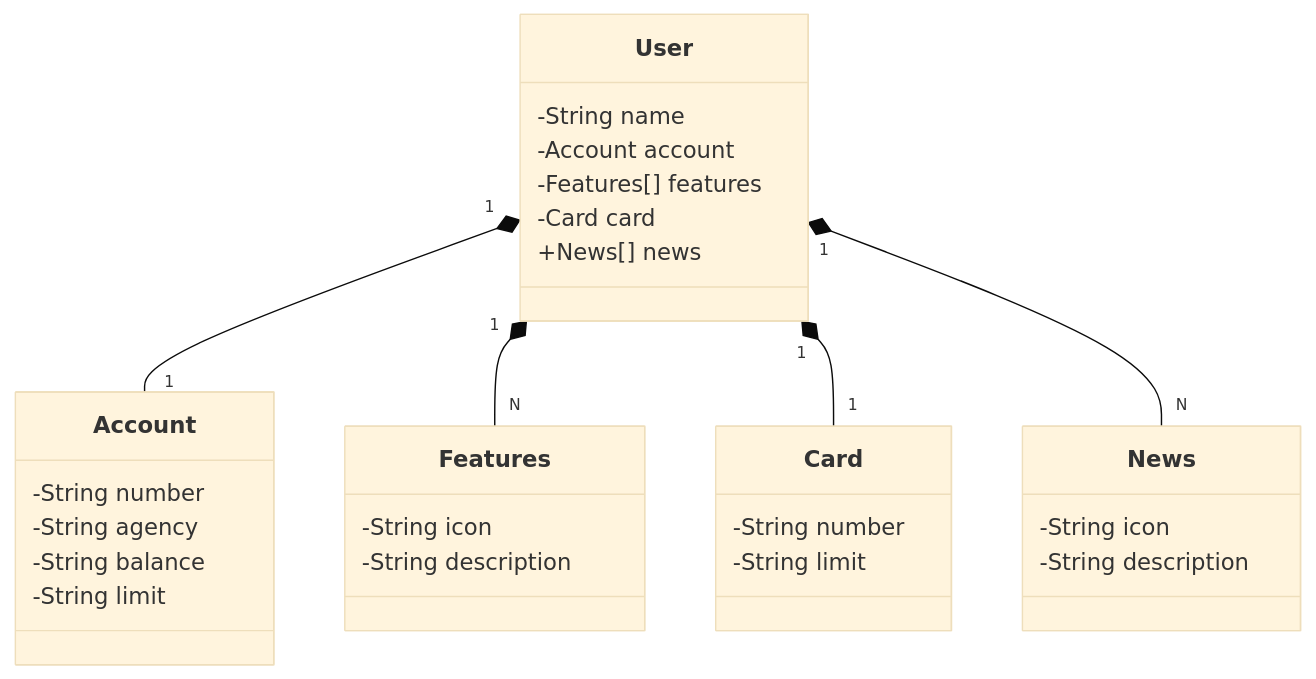
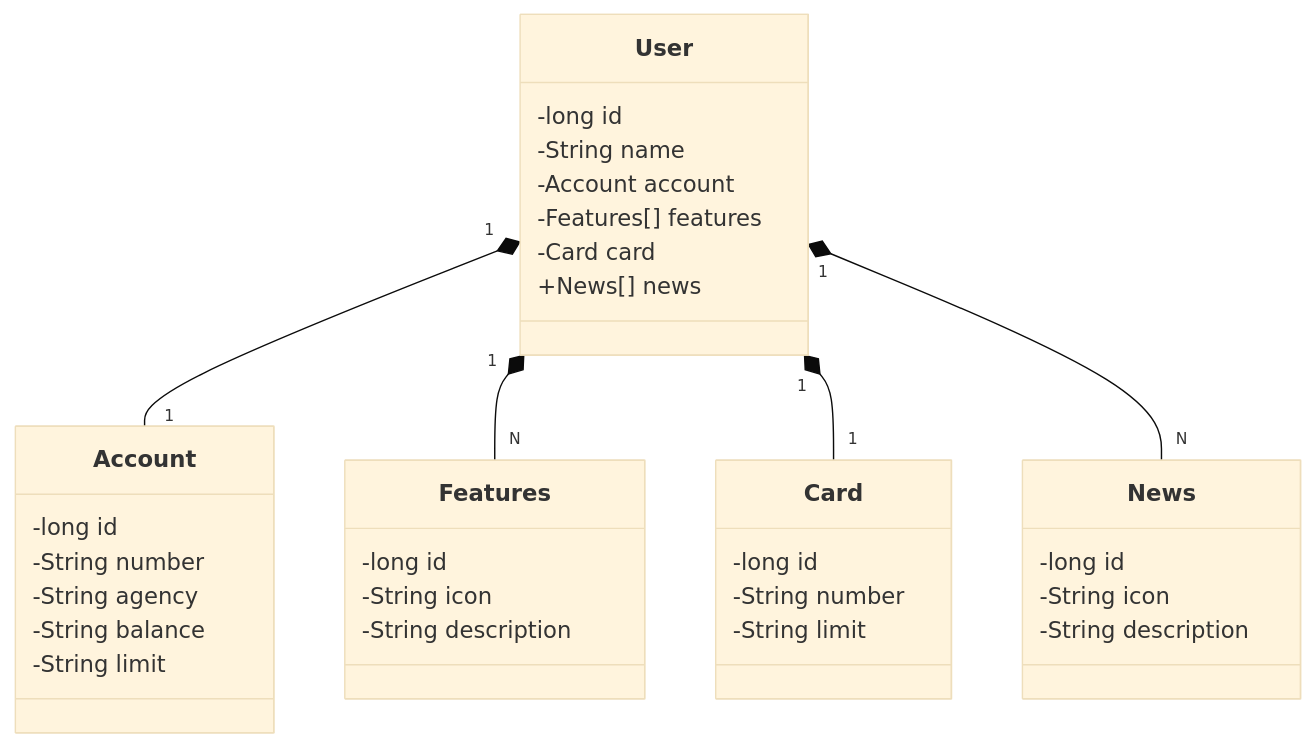
Before and after one commit to lucashonorioo/desafio-dio-restFullApi: the diagram in README.md, drawn with Mermaid (base theme).

````diff
--- a/README.md
+++ b/README.md
@@ -6,37 +6,42 @@
 ```mermaid
 classDiagram
     class User {
+        -long id
         -String name
         -Account account
         -Features[] features
         -Card card
         +News[] news
     }
 
     class Account {
+        -long id
         -String number
         -String agency
         -String balance
         -String limit
     }
 
     class Features {
+        -long id
         -String icon
         -String description
     }
 
     class Card {
+        -long id
         -String number
         -String limit
     }
 
     class News {
+        -long id
         -String icon
         -String description
     }
 
     User "1" *-- "1" Account
     User "1" *-- "N" Features
     User "1" *-- "1" Card
     User "1" *-- "N" News
 ```
````
